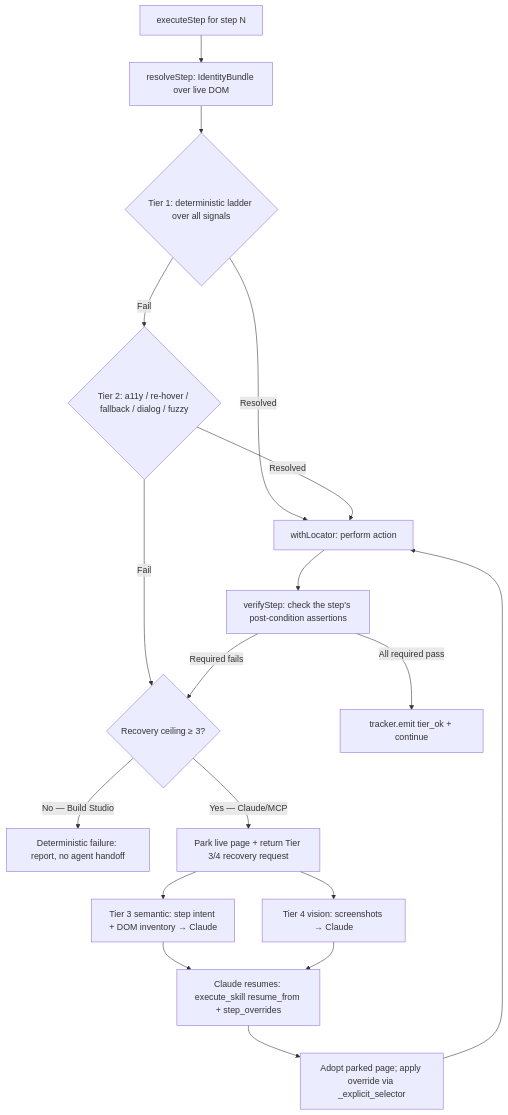
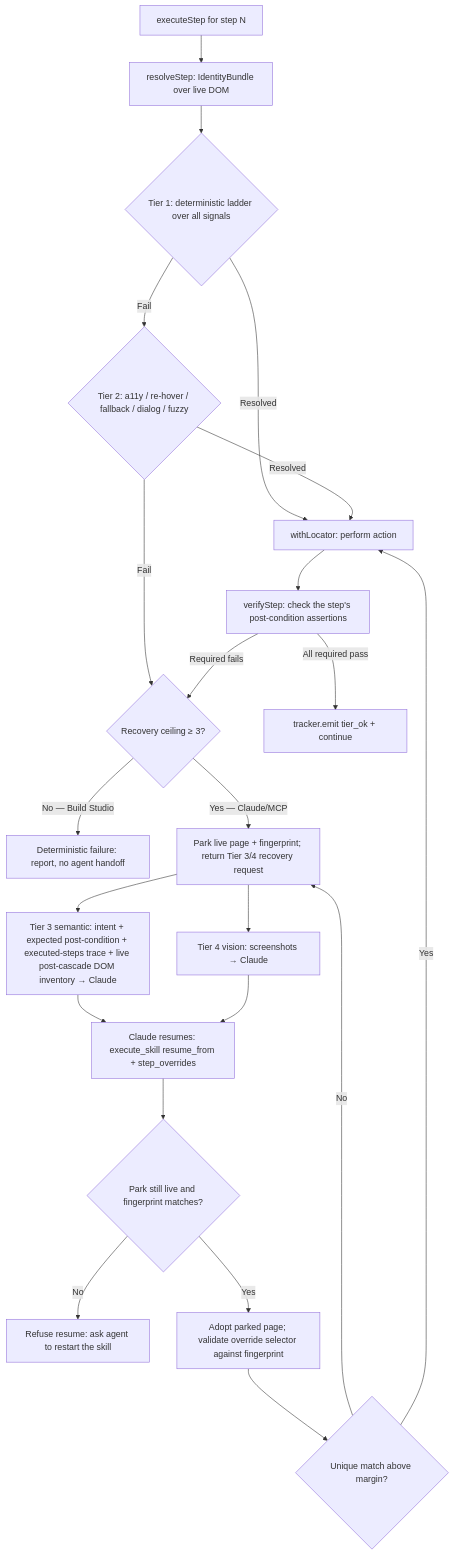
Before and after one commit to Cannonbold2412/CONXA: diagram 13 of 17 in docs/App-Flow.md, drawn with Mermaid. The commit also changed other lines of this file and 21 other files, not shown here.

First line of the commit message:
feat: enhance recovery selector validation and error handling

````diff
--- a/docs/App-Flow.md
+++ b/docs/App-Flow.md
@@ -453,20 +453,24 @@
 ```mermaid
 flowchart TD
     A[executeStep for step N] --> B[resolveStep: IdentityBundle over live DOM]
     B --> C{Tier 1: deterministic ladder over all signals}
     C -->|Resolved| D[withLocator: perform action]
     C -->|Fail| E{Tier 2: a11y / re-hover / fallback / dialog / fuzzy}
     E -->|Resolved| D
     E -->|Fail| F{Recovery ceiling ≥ 3?}
     F -->|No — Build Studio| N[Deterministic failure: report, no agent handoff]
-    F -->|Yes — Claude/MCP| G[Park live page + return Tier 3/4 recovery request]
-    G --> H[Tier 3 semantic: step intent + DOM inventory → Claude]
+    F -->|Yes — Claude/MCP| G[Park live page + fingerprint; return Tier 3/4 recovery request]
+    G --> H[Tier 3 semantic: intent + expected post-condition + executed-steps trace + live post-cascade DOM inventory → Claude]
     G --> I[Tier 4 vision: screenshots → Claude]
     H --> J[Claude resumes: execute_skill resume_from + step_overrides]
     I --> J
-    J --> K[Adopt parked page; apply override via _explicit_selector]
-    K --> D
+    J --> P{Park still live and fingerprint matches?}
+    P -->|No| Q[Refuse resume: ask agent to restart the skill]
+    P -->|Yes| K[Adopt parked page; validate override selector against fingerprint]
+    K --> R{Unique match above margin?}
+    R -->|No| G
+    R -->|Yes| D
     D --> L[verifyStep: check the step's post-condition assertions]
     L -->|All required pass| M[tracker.emit tier_ok + continue]
     L -->|Required fails| F
 ```
````
